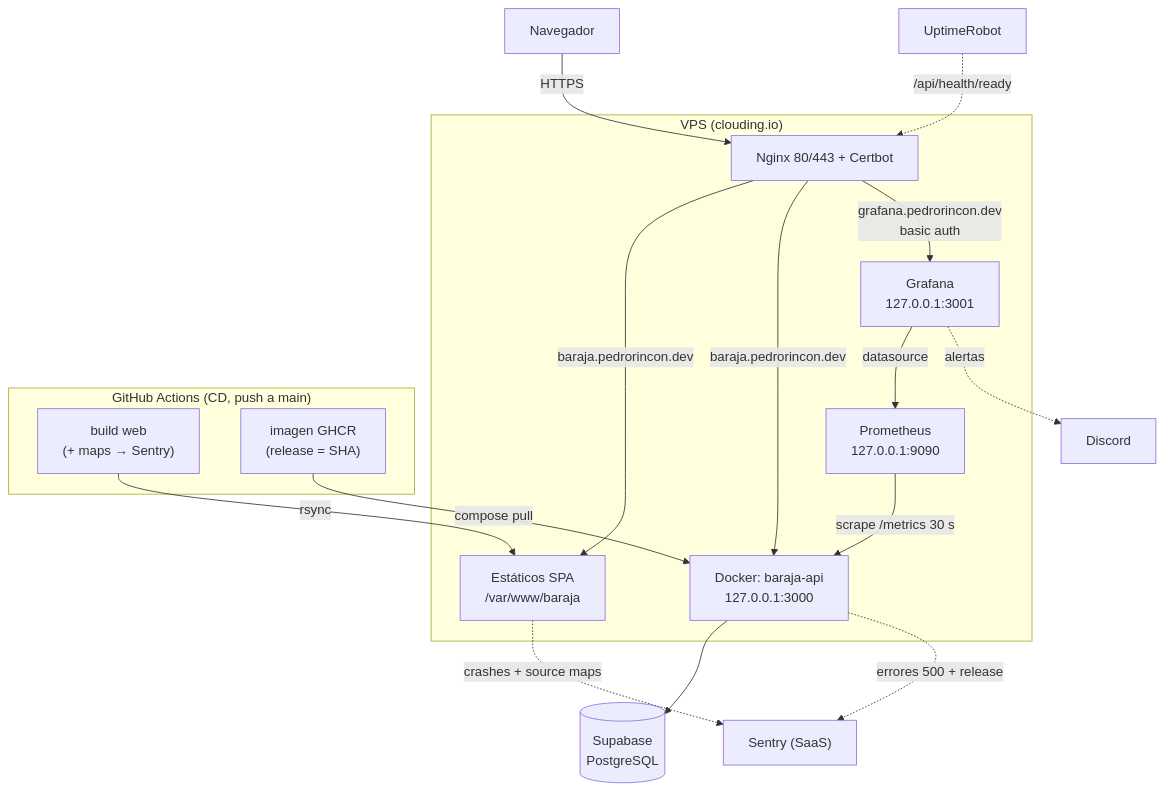
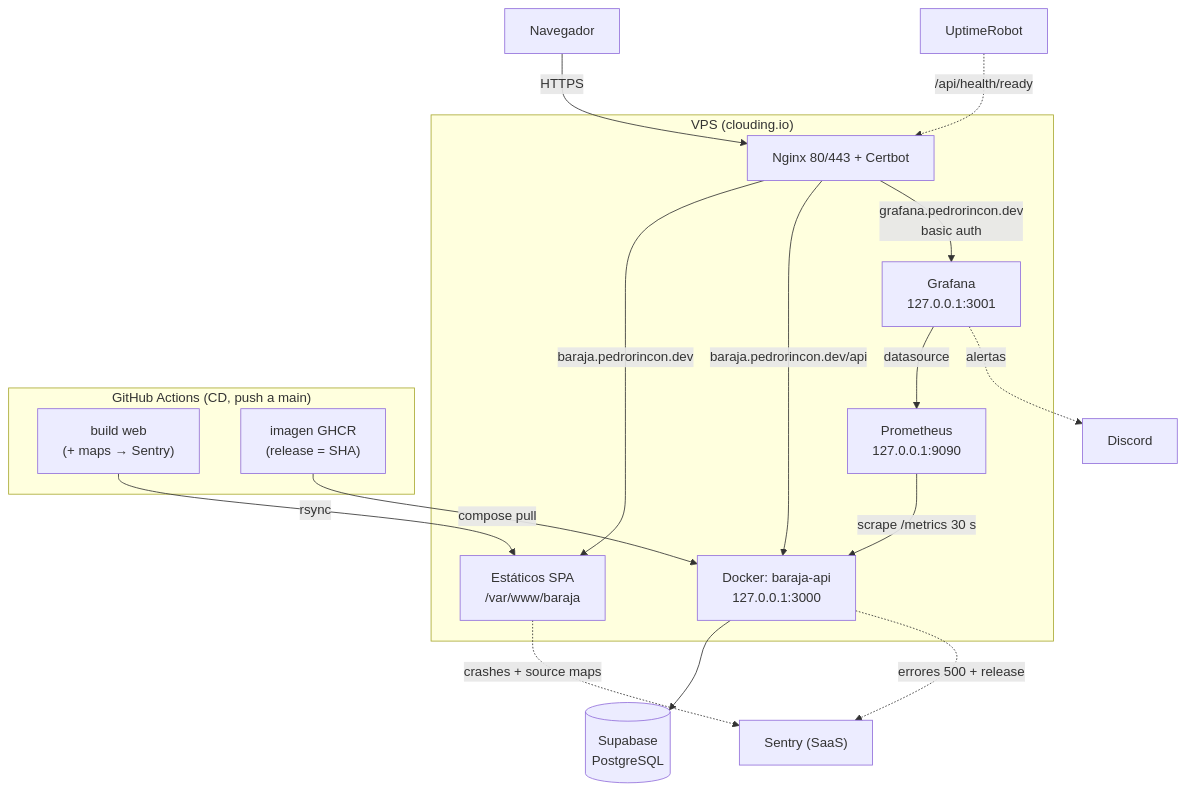
Before and after one commit to P-Drop/barajaAPI: the diagram in README.md, drawn with Mermaid.

Commit message:
docs: actualizar el README al origen único

````diff
--- a/README.md
+++ b/README.md
@@ -253,28 +253,28 @@
 ```mermaid
 flowchart TB
     B[Navegador] -->|HTTPS| NG
 
     subgraph VPS ["VPS (clouding.io)"]
         NG["Nginx 80/443 + Certbot"]
         FE["Estáticos SPA<br>/var/www/baraja"]
         API["Docker: baraja-api<br>127.0.0.1:3000"]
         PROM["Prometheus<br>127.0.0.1:9090"]
         GRAF["Grafana<br>127.0.0.1:3001"]
         NG -->|baraja.pedrorincon.dev| FE
-        NG -->|baraja.pedrorincon.dev| API
+        NG -->|baraja.pedrorincon.dev/api| API
         NG -->|grafana.pedrorincon.dev<br>basic auth| GRAF
         PROM -->|scrape /metrics 30 s| API
         GRAF -->|datasource| PROM
     end
 
     API --> DB[("Supabase<br>PostgreSQL")]
     API -.->|errores 500 + release| SENTRY["Sentry (SaaS)"]
     FE -.->|crashes + source maps| SENTRY
     GRAF -.->|alertas| DISCORD["Discord"]
     UR["UptimeRobot"] -.->|/api/health/ready| NG
 
     subgraph CD ["GitHub Actions (CD, push a main)"]
         W["build web<br>(+ maps → Sentry)"] -->|rsync| FE
         IMG["imagen GHCR<br>(release = SHA)"] -->|compose pull| API
     end
 ```
````
